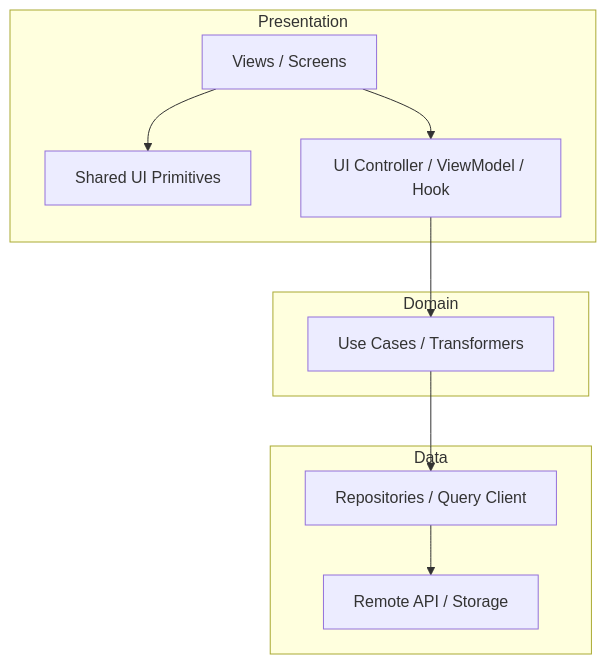
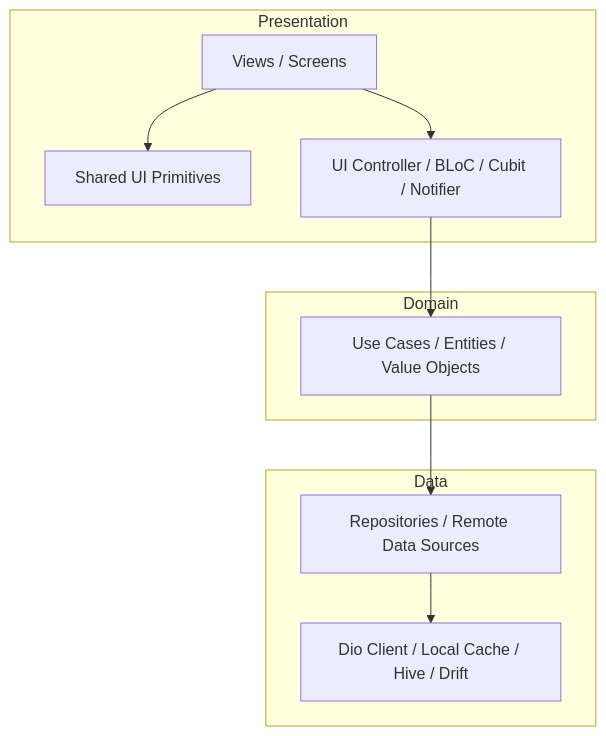
The diagram in templates/architecture-plan.md (juwelzan/human-ui-engineering), drawn with Mermaid before and after one commit. The commit also changed other lines of this file and 43 other files, not shown here.

````diff
--- a/templates/architecture-plan.md
+++ b/templates/architecture-plan.md
@@ -17,14 +17,14 @@
 ```mermaid
 flowchart TD
     subgraph Presentation
         V[Views / Screens] --> C[Shared UI Primitives]
-        V --> VM[UI Controller / ViewModel / Hook]
+        V --> VM[UI Controller / BLoC / Cubit / Notifier]
     end
     subgraph Domain
-        VM --> UC[Use Cases / Transformers]
+        VM --> UC[Use Cases / Entities / Value Objects]
     end
     subgraph Data
-        UC --> R[Repositories / Query Client]
-        R --> API[Remote API / Storage]
+        UC --> R[Repositories / Remote Data Sources]
+        R --> API[Dio Client / Local Cache / Hive / Drift]
     end
 ```
````
